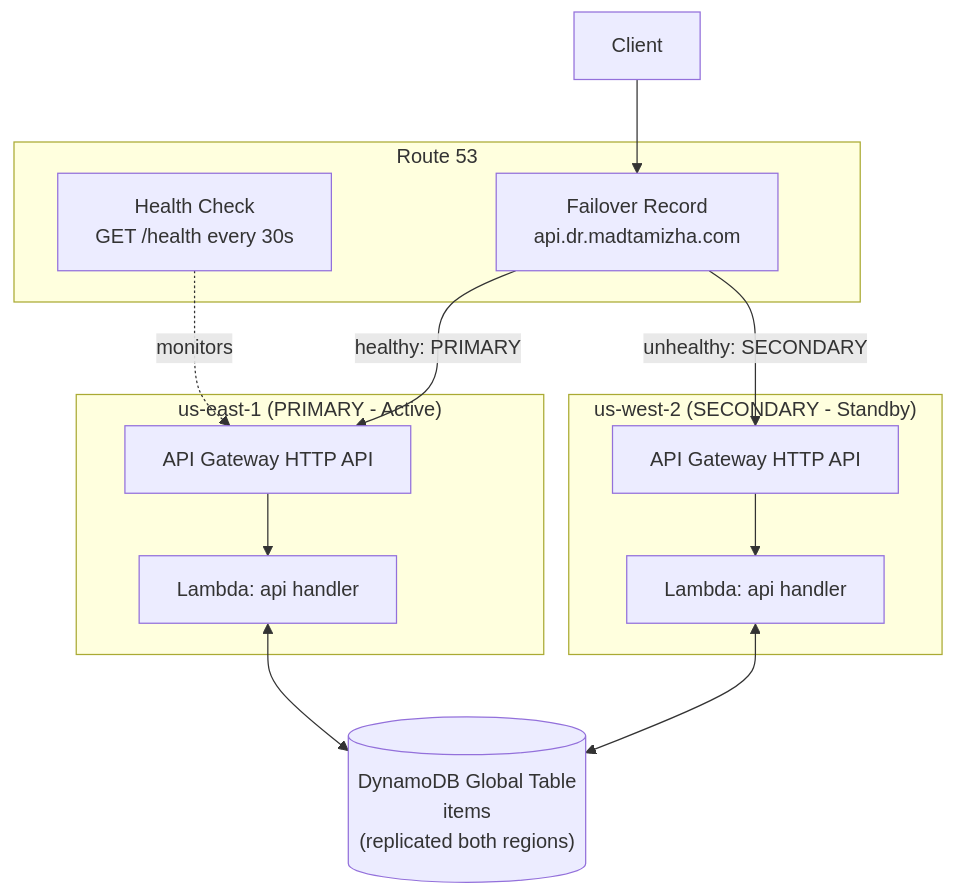
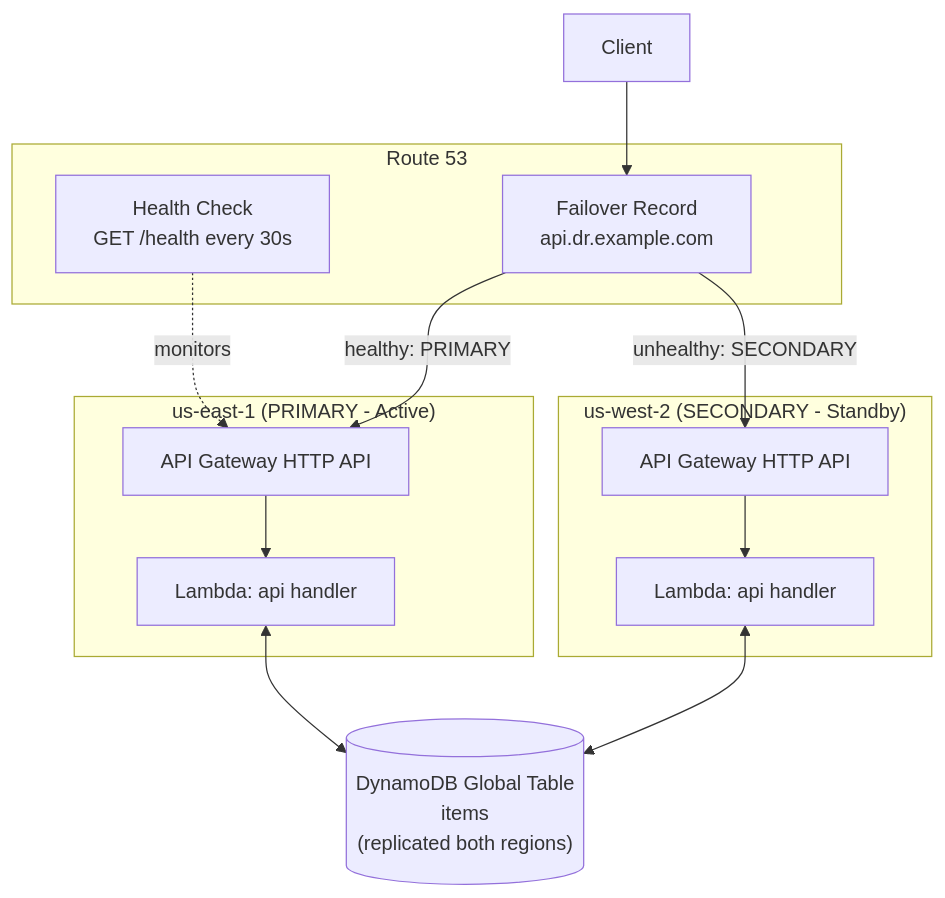
One commit to Abishek82828/aws-multiregion-dr changed the diagram in README.md. Above: the diagram before and after it, drawn with Mermaid. The commit also changed other lines of this file and 2 other files, not shown here.

Commit message:
Replace domain references with placeholder example.com

````diff
--- a/README.md
+++ b/README.md
@@ -11,30 +11,30 @@
 ```mermaid
 flowchart TB
     Client[Client]
 
     subgraph R53["Route 53"]
         HC[Health Check<br/>GET /health every 30s]
-        FO["Failover Record<br/>api.dr.madtamizha.com"]
+        FO["Failover Record<br/>api.dr.example.com"]
     end
 
     subgraph Primary["us-east-1 (PRIMARY - Active)"]
         APG1[API Gateway HTTP API]
         L1[Lambda: api handler]
         APG1 --> L1
     end
 
     subgraph Secondary["us-west-2 (SECONDARY - Standby)"]
         APG2[API Gateway HTTP API]
         L2[Lambda: api handler]
         APG2 --> L2
     end
 
     DDB[("DynamoDB Global Table\nitems\n(replicated both regions)")]
 
     Client --> FO
     HC -.monitors.-> APG1
     FO -- "healthy: PRIMARY" --> APG1
     FO -- "unhealthy: SECONDARY" --> APG2
     L1 <--> DDB
     L2 <--> DDB
 ```
````
